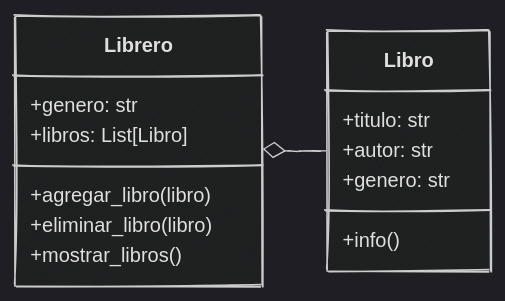
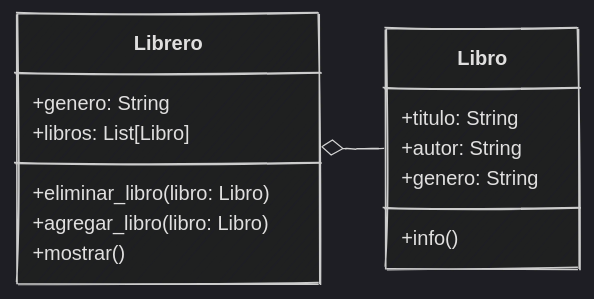
The third of 6 diagrams in content/sesion06/Readme.md (python-la-paz/python-study-group-oop), drawn with Mermaid before and after one commit. The commit also changed other lines of this file and 3 other files, not shown here.

````diff
--- a/content/sesion06/Readme.md
+++ b/content/sesion06/Readme.md
@@ -491,20 +544,19 @@
 ```mermaid
 %%{init: {"theme": "dark", "look": "handDrawn"  }}%%
 classDiagram
 direction LR
     class Libro {
-        +titulo: str
-        +autor: str
-        +genero: str
+        +titulo: String
+        +autor: String
+        +genero: String
         +info()
     }
     class Librero {
-        +genero: str
+        +genero: String
         +libros: List[Libro]
-        +agregar_libro(libro)
-        +eliminar_libro(libro)
-        +mostrar_libros()
+        +eliminar_libro(libro: Libro)
+        +agregar_libro(libro: Libro)
+        +mostrar()
     }
-
     Librero o-- Libro
 ```
````
